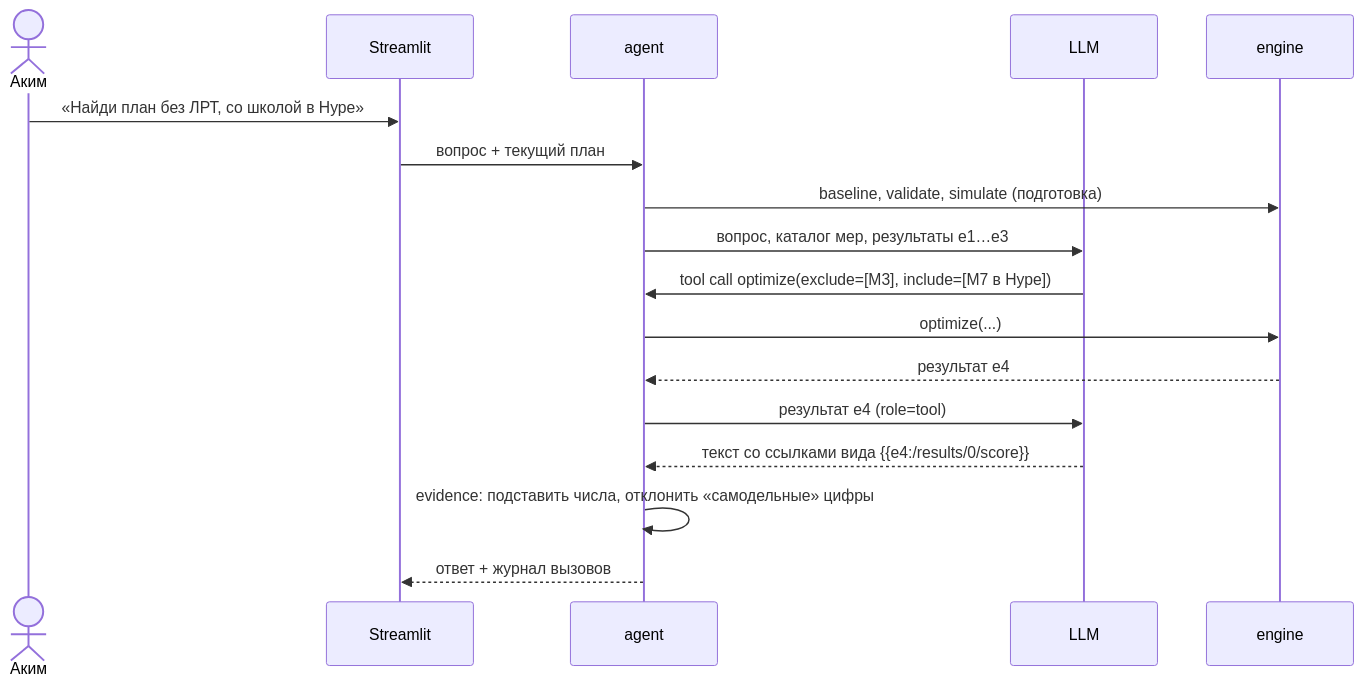
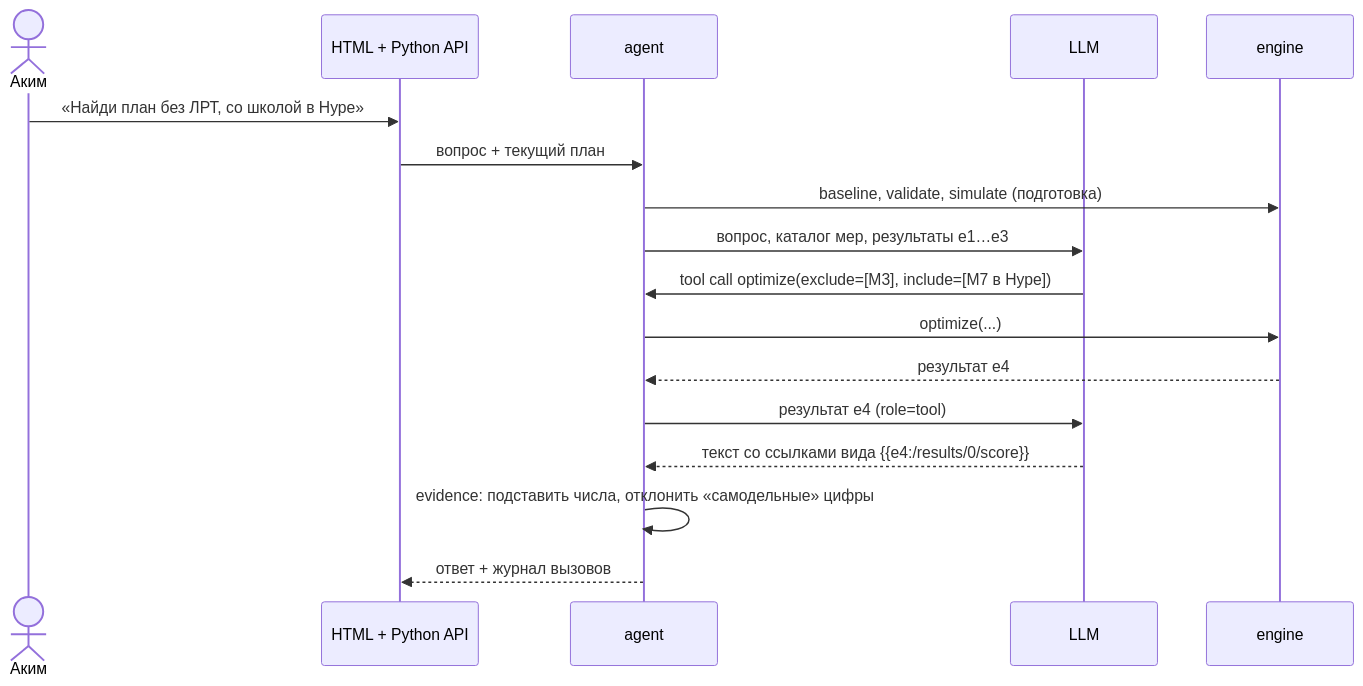
The second of 2 diagrams in README.md (BAITC-Hacks/hack-d3b2c613-stupits), drawn with Mermaid before and after one commit. The commit also changed other lines of this file and 26 other files, not shown here.

````diff
--- a/README.md
+++ b/README.md
@@ -220,19 +236,19 @@
 ```mermaid
 sequenceDiagram
     actor U as Аким
-    participant UI as Streamlit
+    participant UI as HTML + Python API
     participant A as agent
     participant L as LLM
     participant E as engine
     U->>UI: «Найди план без ЛРТ, со школой в Нуре»
     UI->>A: вопрос + текущий план
     A->>E: baseline, validate, simulate (подготовка)
     A->>L: вопрос, каталог мер, результаты e1…e3
     L->>A: tool call optimize(exclude=[M3], include=[M7 в Нуре])
     A->>E: optimize(...)
     E-->>A: результат e4
     A->>L: результат e4 (role=tool)
     L-->>A: текст со ссылками вида {{e4:/results/0/score}}
     A->>A: evidence: подставить числа, отклонить «самодельные» цифры
     A-->>UI: ответ + журнал вызовов
 ```
````
